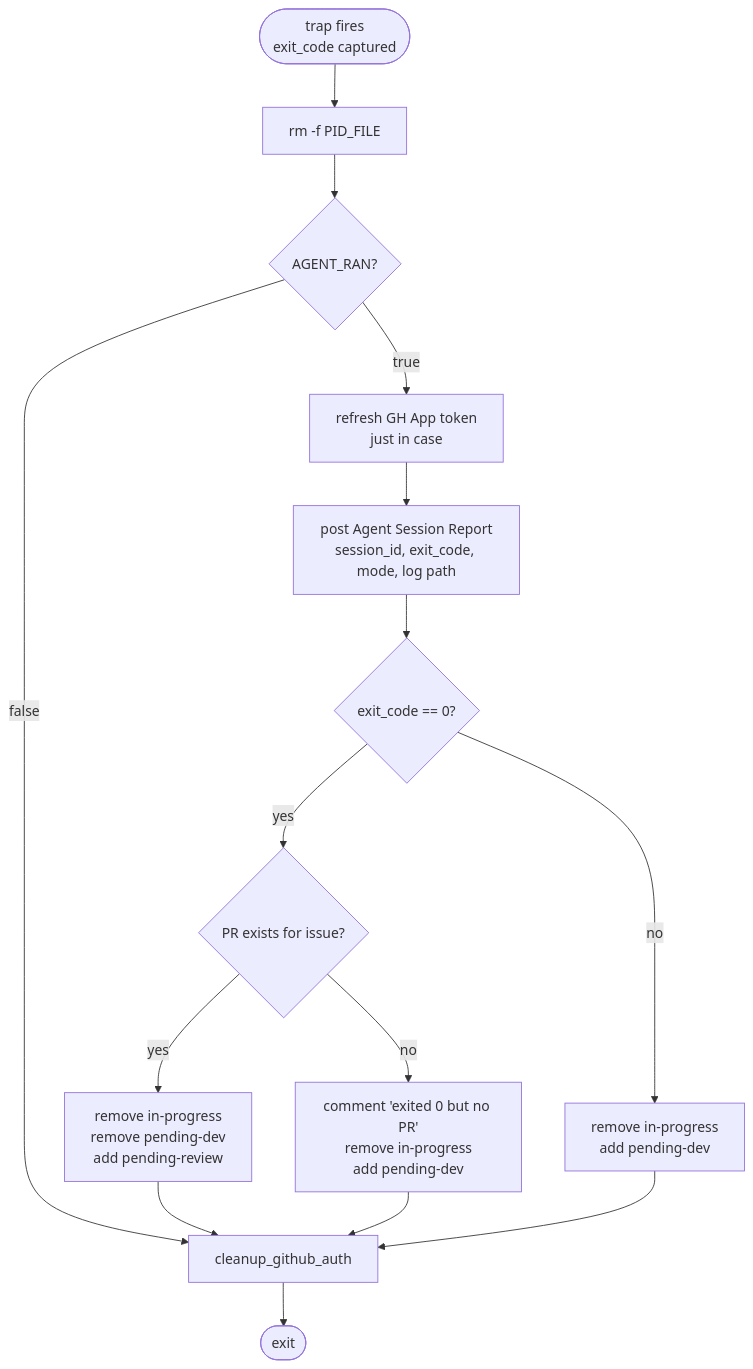
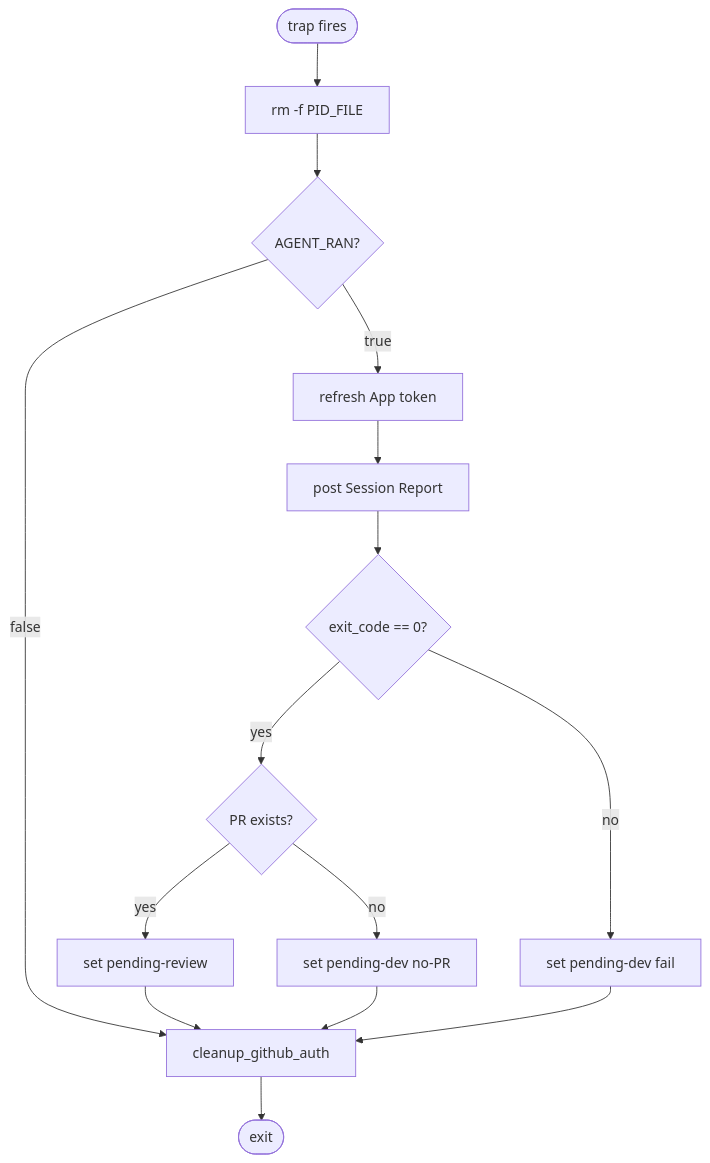
The second of 2 diagrams in docs/pipeline/dev-agent-flow.md (zxkane/autonomous-dev-team), drawn with Mermaid before and after one commit. The commit also changed other lines of this file and 2 other files, not shown here.

````diff
--- a/docs/pipeline/dev-agent-flow.md
+++ b/docs/pipeline/dev-agent-flow.md
@@ -107,21 +107,21 @@
 ```mermaid
 flowchart TD
-    enter([trap fires<br/>exit_code captured]) --> rm_pid[rm -f PID_FILE]
+    enter([trap fires]) --> rm_pid[rm -f PID_FILE]
     rm_pid --> ran{AGENT_RAN?}
     ran -- false --> auth_done[cleanup_github_auth]
     auth_done --> done([exit])
 
-    ran -- true --> refresh[refresh GH App token<br/>just in case]
-    refresh --> session_report[post Agent Session Report<br/>session_id, exit_code, mode, log path]
+    ran -- true --> refresh[refresh App token]
+    refresh --> session_report[post Session Report]
     session_report --> exit_branch{exit_code == 0?}
 
-    exit_branch -- yes --> pr_check{PR exists for issue?}
-    pr_check -- yes --> to_review[remove in-progress<br/>remove pending-dev<br/>add pending-review]
-    pr_check -- no --> to_dev_no_pr[comment 'exited 0 but no PR'<br/>remove in-progress<br/>add pending-dev]
+    exit_branch -- yes --> pr_check{PR exists?}
+    pr_check -- yes --> to_review[set pending-review]
+    pr_check -- no --> to_dev_no_pr[set pending-dev no-PR]
 
-    exit_branch -- no --> to_dev_fail[remove in-progress<br/>add pending-dev]
+    exit_branch -- no --> to_dev_fail[set pending-dev fail]
 
     to_review --> auth_done
     to_dev_no_pr --> auth_done
     to_dev_fail --> auth_done
 ```
````
